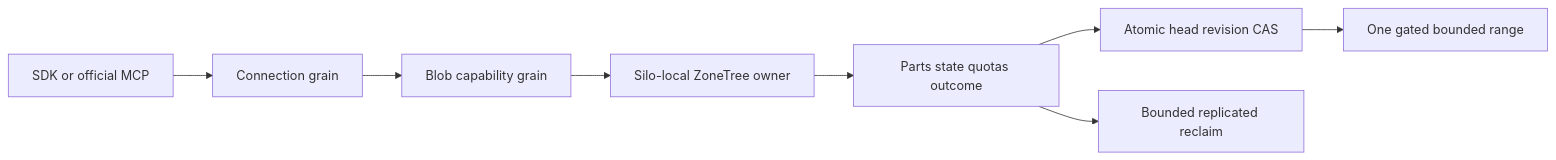
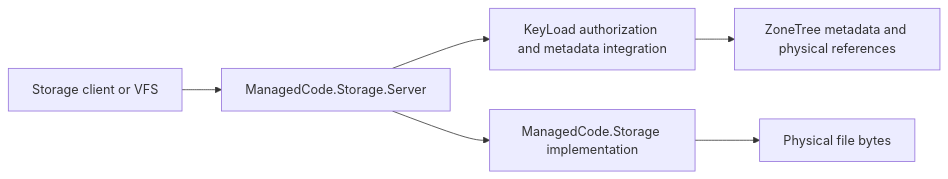
Before and after one commit to managedcode/KeyLoad: the diagram in docs/ADR/ADR-038-chunked-blob-storage.md, drawn with Mermaid. The commit also changed other lines of this file and 9016 other files, not shown here.

````diff
--- a/docs/ADR/ADR-038-chunked-blob-storage.md
+++ b/docs/ADR/ADR-038-chunked-blob-storage.md
@@ -22,10 +24,8 @@
 ```mermaid
 flowchart LR
-    Caller[SDK or official MCP] --> Request[Connection grain]
-    Request --> Capability[Blob capability grain]
-    Capability --> Host[Silo-local ZoneTree owner]
-    Host --> Stage[Parts state quotas outcome]
-    Stage --> CAS[Atomic head revision CAS]
-    CAS --> Read[One gated bounded range]
-    Stage --> Cleanup[Bounded replicated reclaim]
+    Client[Storage client or VFS] --> API[ManagedCode.Storage.Server]
+    API --> Request[KeyLoad authorization and metadata integration]
+    Request --> Metadata[ZoneTree metadata and physical references]
+    API --> Provider[ManagedCode.Storage implementation]
+    Provider --> Bytes[Physical file bytes]
 ```
````
